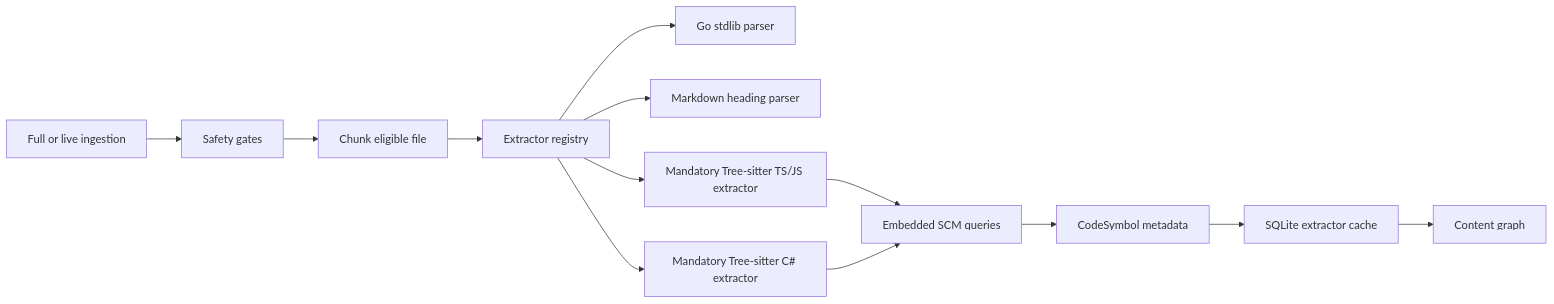
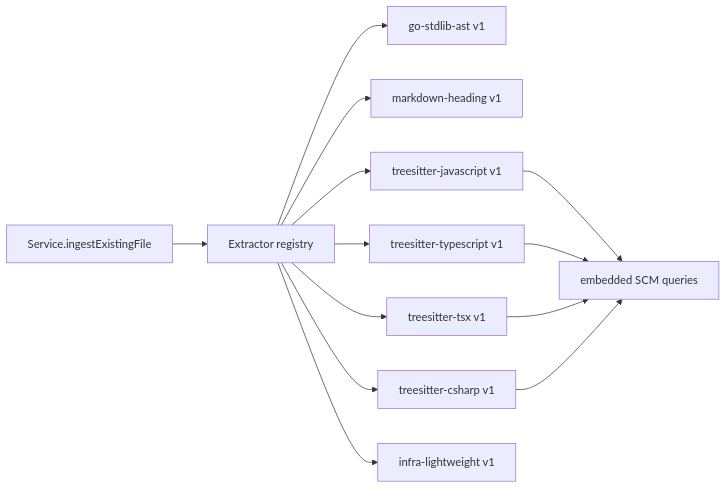
The first of 4 diagrams in docs/reports/tests/2026-05-30-agent-mcp-promoted-ast-extraction-live-rescan-plan.md (MiviaLabs/go-mivia), drawn with Mermaid before and after one commit. The commit also changed other lines of this file and 1 other file, not shown here.

Commit message:
fix(mcp): harden mcp ast extraction implementation plan

````diff
--- a/docs/reports/tests/2026-05-30-agent-mcp-promoted-ast-extraction-live-rescan-plan.md
+++ b/docs/reports/tests/2026-05-30-agent-mcp-promoted-ast-extraction-live-rescan-plan.md
@@ -52,15 +78,15 @@
 ```mermaid
 flowchart LR
-  Scan["Full or live ingestion"] --> Safety["Safety gates"]
-  Safety --> Chunk["Chunk eligible file"]
-  Chunk --> Dispatch["Extractor registry"]
-  Dispatch --> GoParser["Go stdlib parser"]
-  Dispatch --> MarkdownParser["Markdown heading parser"]
-  Dispatch --> TreeSitter["Mandatory Tree-sitter TS/JS extractor"]
-  Dispatch --> CSharp["Mandatory Tree-sitter C# extractor"]
-  TreeSitter --> Query["Embedded SCM queries"]
-  CSharp --> Query
-  Query --> Symbols["CodeSymbol metadata"]
-  Symbols --> Cache["SQLite extractor cache"]
-  Cache --> Graph["Content graph"]
+  Service["Service.ingestExistingFile"] --> Registry["Extractor registry"]
+  Registry --> Go["go-stdlib-ast v1"]
+  Registry --> Markdown["markdown-heading v1"]
+  Registry --> JS["treesitter-javascript v1"]
+  Registry --> TS["treesitter-typescript v1"]
+  Registry --> TSX["treesitter-tsx v1"]
+  Registry --> CS["treesitter-csharp v1"]
+  Registry --> Infra["infra-lightweight v1"]
+  JS --> Queries["embedded SCM queries"]
+  TS --> Queries
+  TSX --> Queries
+  CS --> Queries
 ```
````
